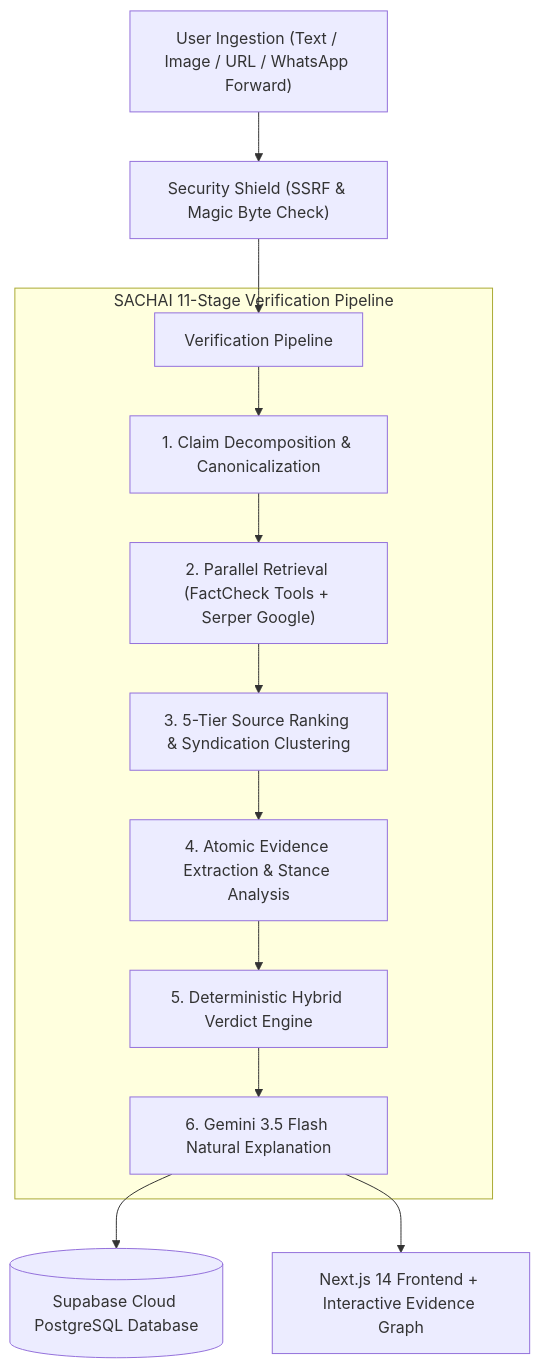
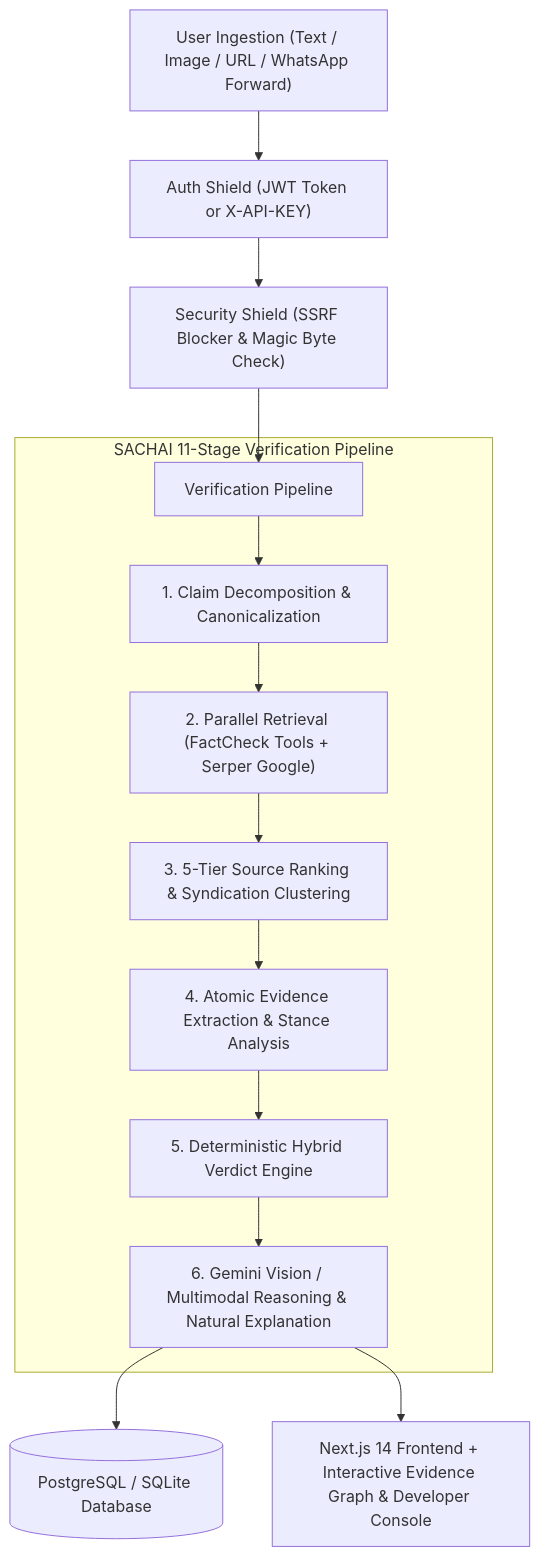
Before and after one commit to adarsh140528/SACHAAI: the diagram in README.md, drawn with Mermaid. The commit also changed other lines of this file and 15 other files, not shown here.

Commit message:
feat: complete developer platform, dual auth enforcement, official SACHAI.AI branding, and master documentation

````diff
--- a/README.md
+++ b/README.md
@@ -29,17 +29,18 @@
 ```mermaid
 flowchart TD
-    User["User Ingestion (Text / Image / URL / WhatsApp Forward)"] --> Sec["Security Shield (SSRF & Magic Byte Check)"]
+    User["User Ingestion (Text / Image / URL / WhatsApp Forward)"] --> AuthCheck["Auth Shield (JWT Token or X-API-KEY)"]
+    AuthCheck --> Sec["Security Shield (SSRF Blocker & Magic Byte Check)"]
     Sec --> Pipe["Verification Pipeline"]
     
     subgraph Pipeline ["SACHAI 11-Stage Verification Pipeline"]
         Pipe --> Decomp["1. Claim Decomposition & Canonicalization"]
         Decomp --> Retr["2. Parallel Retrieval (FactCheck Tools + Serper Google)"]
         Retr --> Rank["3. 5-Tier Source Ranking & Syndication Clustering"]
         Rank --> Evid["4. Atomic Evidence Extraction & Stance Analysis"]
         Evid --> Eng["5. Deterministic Hybrid Verdict Engine"]
-        Eng --> Exp["6. Gemini 3.5 Flash Natural Explanation"]
+        Eng --> Exp["6. Gemini Vision / Multimodal Reasoning & Natural Explanation"]
     end
     
-    Exp --> DB[("Supabase Cloud PostgreSQL Database")]
-    Exp --> UI["Next.js 14 Frontend + Interactive Evidence Graph"]
+    Exp --> DB[("PostgreSQL / SQLite Database")]
+    Exp --> UI["Next.js 14 Frontend + Interactive Evidence Graph & Developer Console"]
 ```
````
